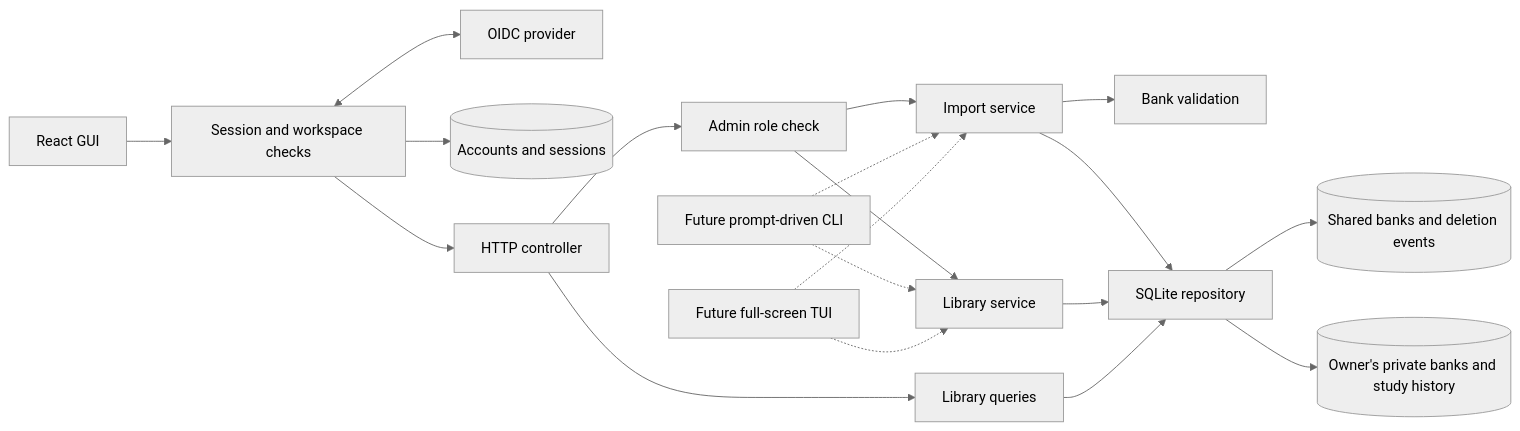
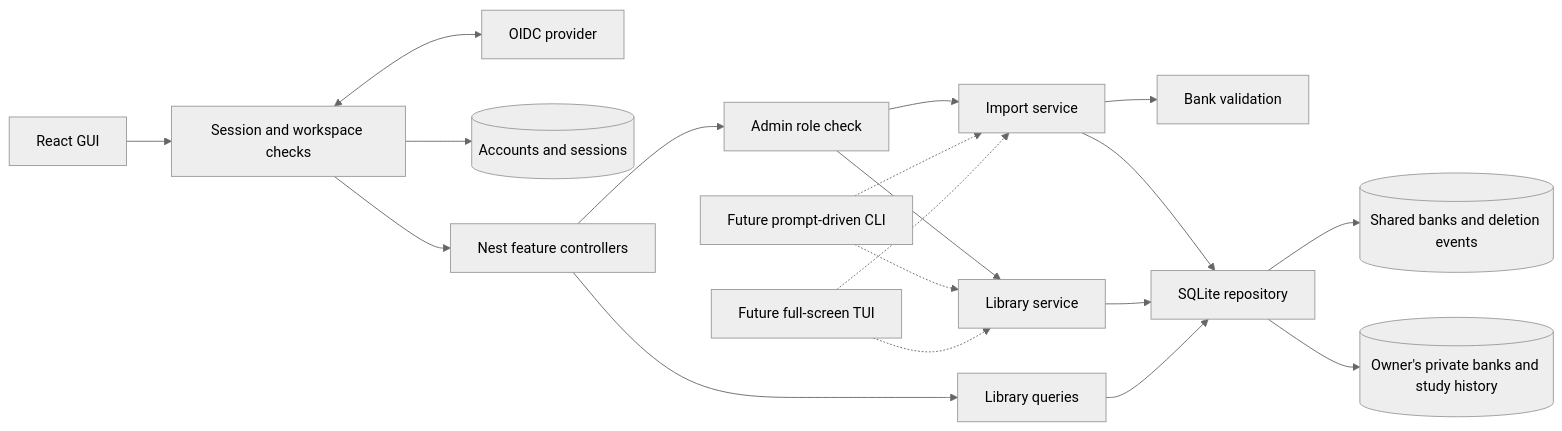
Before and after one commit to thomastickle/certification-study-tool: the diagram in docs/architecture.md, drawn with Mermaid (neutral theme). The commit also changed other lines of this file and 9 other files, not shown here.

````diff
--- a/docs/architecture.md
+++ b/docs/architecture.md
@@ -8,21 +8,21 @@
 ```mermaid
 flowchart LR
   GUI[React GUI] --> Auth[Session and workspace checks]
   Auth <--> Provider[OIDC provider]
   Auth --> Accounts[(Accounts and sessions)]
-  Auth --> HTTP[HTTP controller]
+  Auth --> HTTP[Nest feature controllers]
   HTTP --> Admin[Admin role check]
   Admin --> Import[Import service]
   Admin --> Library[Library service]
   HTTP --> Queries[Library queries]
   Import --> Validation[Bank validation]
   Import --> Repo[SQLite repository]
   Library --> Repo
   Queries --> Repo
   Repo --> DB[(Shared banks and deletion events)]
   Repo --> Private[(Owner's private banks and study history)]
   CLI[Future prompt-driven CLI] -.-> Import
   CLI -.-> Library
   TUI[Future full-screen TUI] -.-> Import
   TUI -.-> Library
 ```
````
